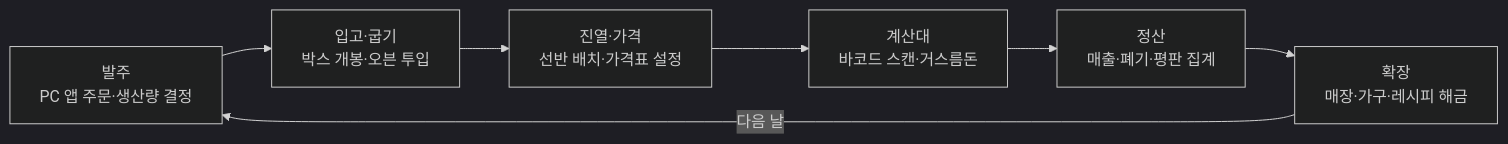
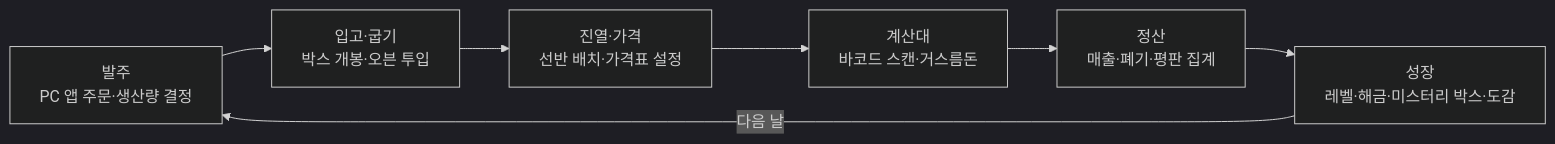
One commit to SeanKim0719/bakery-shop-simulator changed the diagram in README.md. Above: the diagram before and after it, drawn with Mermaid (dark theme). The commit also changed other lines of this file and 43 other files, not shown here.

````diff
--- a/README.md
+++ b/README.md
@@ -19,9 +19,9 @@
 ```mermaid
 flowchart LR
     A[발주<br/>PC 앱 주문·생산량 결정] --> B[입고·굽기<br/>박스 개봉·오븐 투입]
     B --> C[진열·가격<br/>선반 배치·가격표 설정]
     C --> D[계산대<br/>바코드 스캔·거스름돈]
     D --> E[정산<br/>매출·폐기·평판 집계]
-    E --> F[확장<br/>매장·가구·레시피 해금]
+    E --> F[성장<br/>레벨·해금·미스터리 박스·도감]
     F -->|다음 날| A
 ```
````
